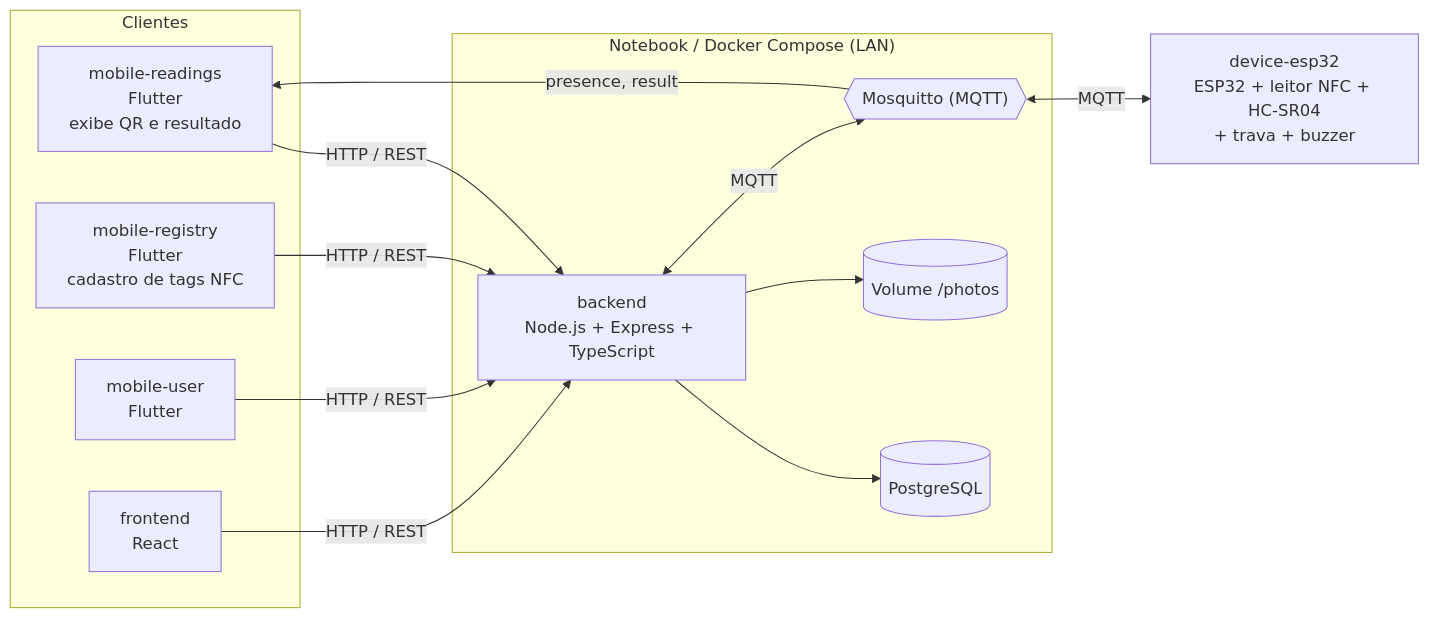
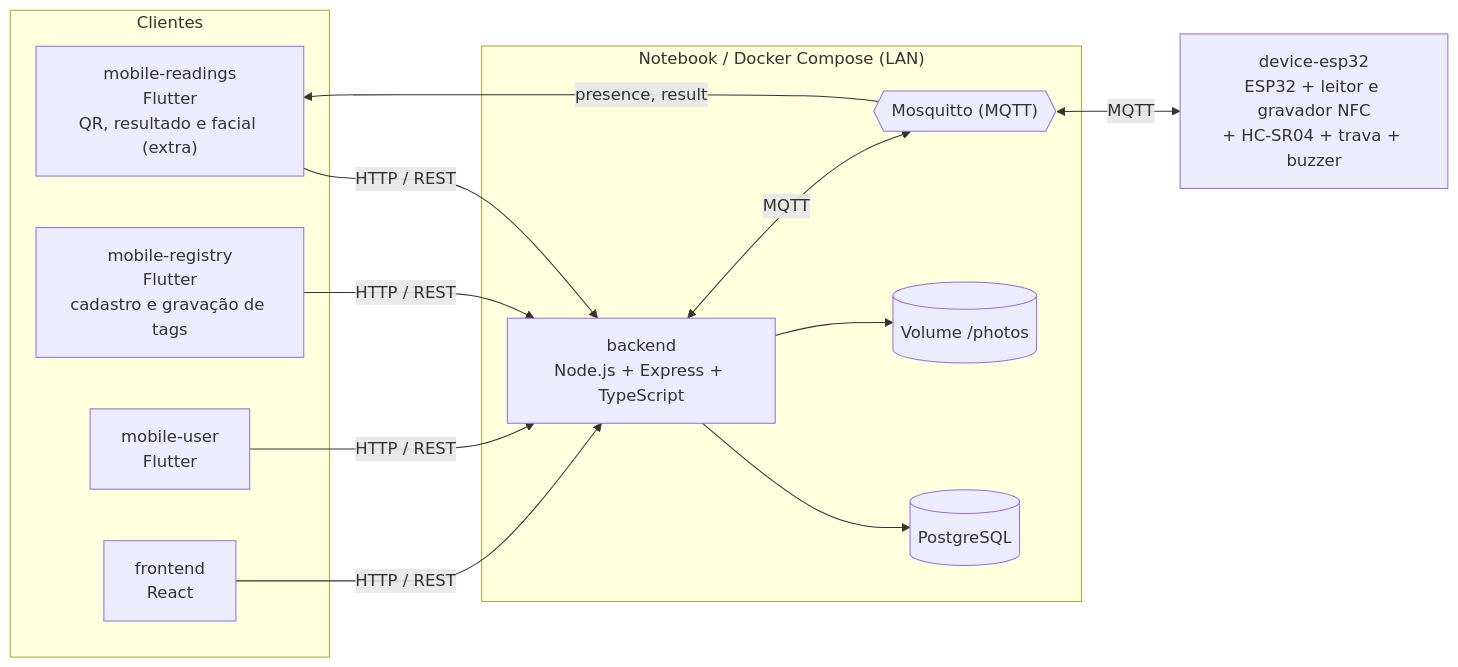
One commit to Helloworld-fatec/access-control changed the first of 5 diagrams in docs/arquitetura.md. Above: the diagram before and after it, drawn with Mermaid. The commit also changed other lines of this file and 1 other file, not shown here.

First line of the commit message:
docs(arquitetura): ESP32 lê e grava as tags; código gerado pelo backend

````diff
--- a/docs/arquitetura.md
+++ b/docs/arquitetura.md
@@ -26,23 +27,23 @@
 ```mermaid
 flowchart LR
   subgraph Clientes
-    RD["mobile-readings<br/>Flutter<br/>exibe QR e resultado"]
-    RG["mobile-registry<br/>Flutter<br/>cadastro de tags NFC"]
+    RD["mobile-readings<br/>Flutter<br/>QR, resultado e facial (extra)"]
+    RG["mobile-registry<br/>Flutter<br/>cadastro e gravação de tags"]
     US["mobile-user<br/>Flutter"]
     FE["frontend<br/>React"]
   end
   subgraph Servidor["Notebook / Docker Compose (LAN)"]
     BE["backend<br/>Node.js + Express + TypeScript"]
     DB[("PostgreSQL")]
     PH[("Volume /photos")]
     MQ{{"Mosquitto (MQTT)"}}
   end
-  ESP["device-esp32<br/>ESP32 + leitor NFC + HC-SR04<br/>+ trava + buzzer"]
+  ESP["device-esp32<br/>ESP32 + leitor e gravador NFC<br/>+ HC-SR04 + trava + buzzer"]
 
   RD & RG & US & FE -- "HTTP / REST" --> BE
   BE --> DB
   BE --> PH
   BE <-- "MQTT" --> MQ
   MQ <-- "MQTT" --> ESP
   MQ -- "presence, result" --> RD
 ```
````
